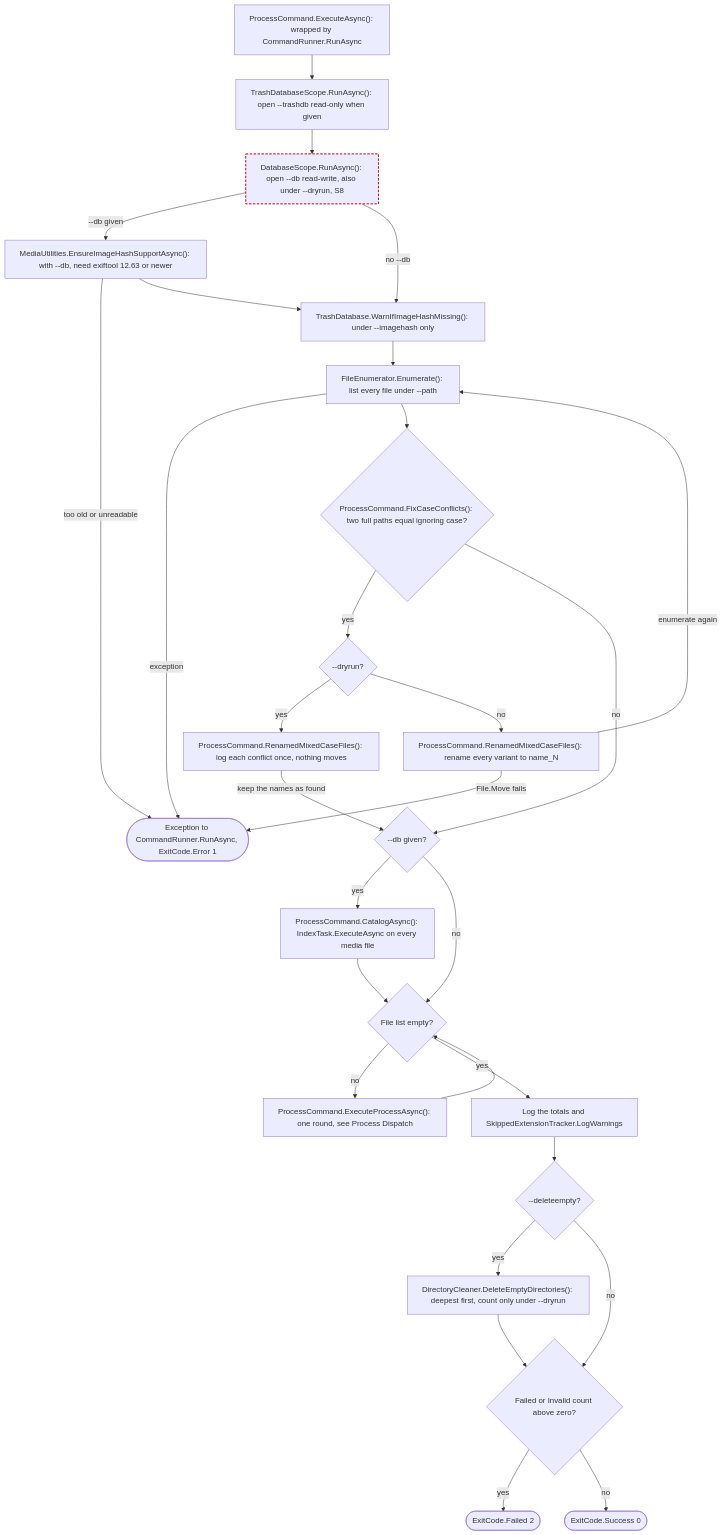
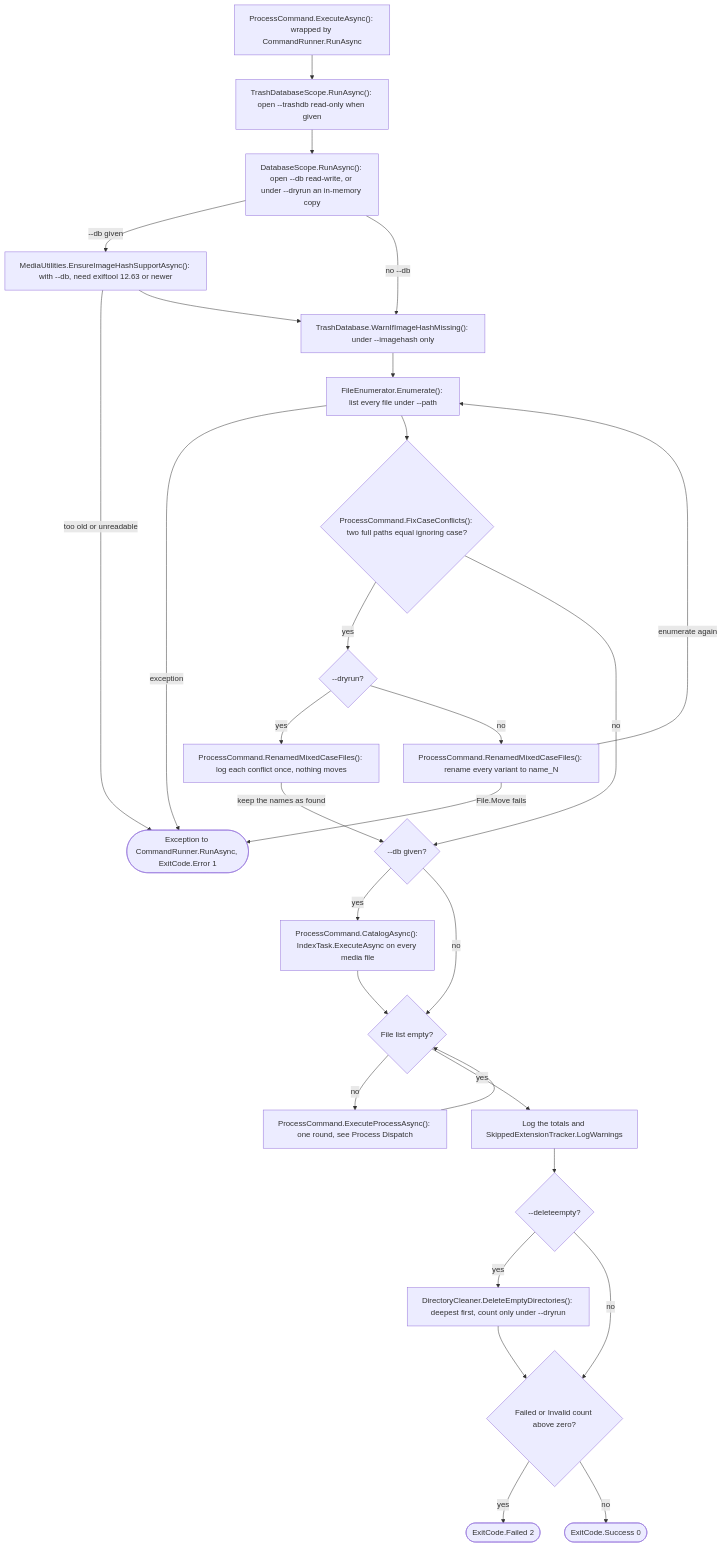
Before and after one commit to ptr727/PhotoCleaner: the second of 23 diagrams in ARCHITECTURE.md, drawn with Mermaid. The commit also changed other lines of this file and 7 other files, not shown here.

First line of the commit message:
Run a Dry Run Against an In-Memory Copy of the Database

````diff
--- a/ARCHITECTURE.md
+++ b/ARCHITECTURE.md
@@ -181,48 +181,48 @@
 ```mermaid
 flowchart TD
   run["ProcessCommand.ExecuteAsync(): wrapped by CommandRunner.RunAsync"]
   tscope["TrashDatabaseScope.RunAsync(): open --trashdb read-only when given"]
-  dscope["DatabaseScope.RunAsync(): open --db read-write, also under --dryrun, S8"]:::suspect
+  dscope["DatabaseScope.RunAsync(): open --db read-write, or under --dryrun an in-memory copy"]
   hashver["MediaUtilities.EnsureImageHashSupportAsync(): with --db, need exiftool 12.63 or newer"]
   warn["TrashDatabase.WarnIfImageHashMissing(): under --imagehash only"]
   enum["FileEnumerator.Enumerate(): list every file under --path"]
   fixcase{"ProcessCommand.FixCaseConflicts(): two full paths equal ignoring case?"}
   dry{"--dryrun?"}
   dryloop["ProcessCommand.RenamedMixedCaseFiles(): log each conflict once, nothing moves"]
   move["ProcessCommand.RenamedMixedCaseFiles(): rename every variant to name_N"]
   hasdb{"--db given?"}
   catalog["ProcessCommand.CatalogAsync(): IndexTask.ExecuteAsync on every media file"]
   more{"File list empty?"}
   round["ProcessCommand.ExecuteProcessAsync(): one round, see Process Dispatch"]
   totals["Log the totals and SkippedExtensionTracker.LogWarnings"]
   delempty{"--deleteempty?"}
   clean["DirectoryCleaner.DeleteEmptyDirectories(): deepest first, count only under --dryrun"]
   exit{"Failed or Invalid count above zero?"}
   e2(["ExitCode.Failed 2"])
   e0(["ExitCode.Success 0"])
   err(["Exception to CommandRunner.RunAsync, ExitCode.Error 1"])
 
   run --> tscope --> dscope
   dscope -->|"--db given"| hashver
   dscope -->|"no --db"| warn
   hashver -->|"too old or unreadable"| err
   hashver --> warn
   warn --> enum
   enum -->|"exception"| err
   enum --> fixcase
   fixcase -->|"yes"| dry
   dry -->|"yes"| dryloop -->|"keep the names as found"| hasdb
   dry -->|"no"| move
   move -->|"File.Move fails"| err
   move -->|"enumerate again"| enum
   fixcase -->|"no"| hasdb
   hasdb -->|"yes"| catalog --> more
   hasdb -->|"no"| more
   more -->|"no"| round --> more
   more -->|"yes"| totals --> delempty
   delempty -->|"yes"| clean --> exit
   delempty -->|"no"| exit
   exit -->|"yes"| e2
   exit -->|"no"| e0
   classDef suspect stroke:#c00,stroke-width:2px,stroke-dasharray:5 3
 ```
````
